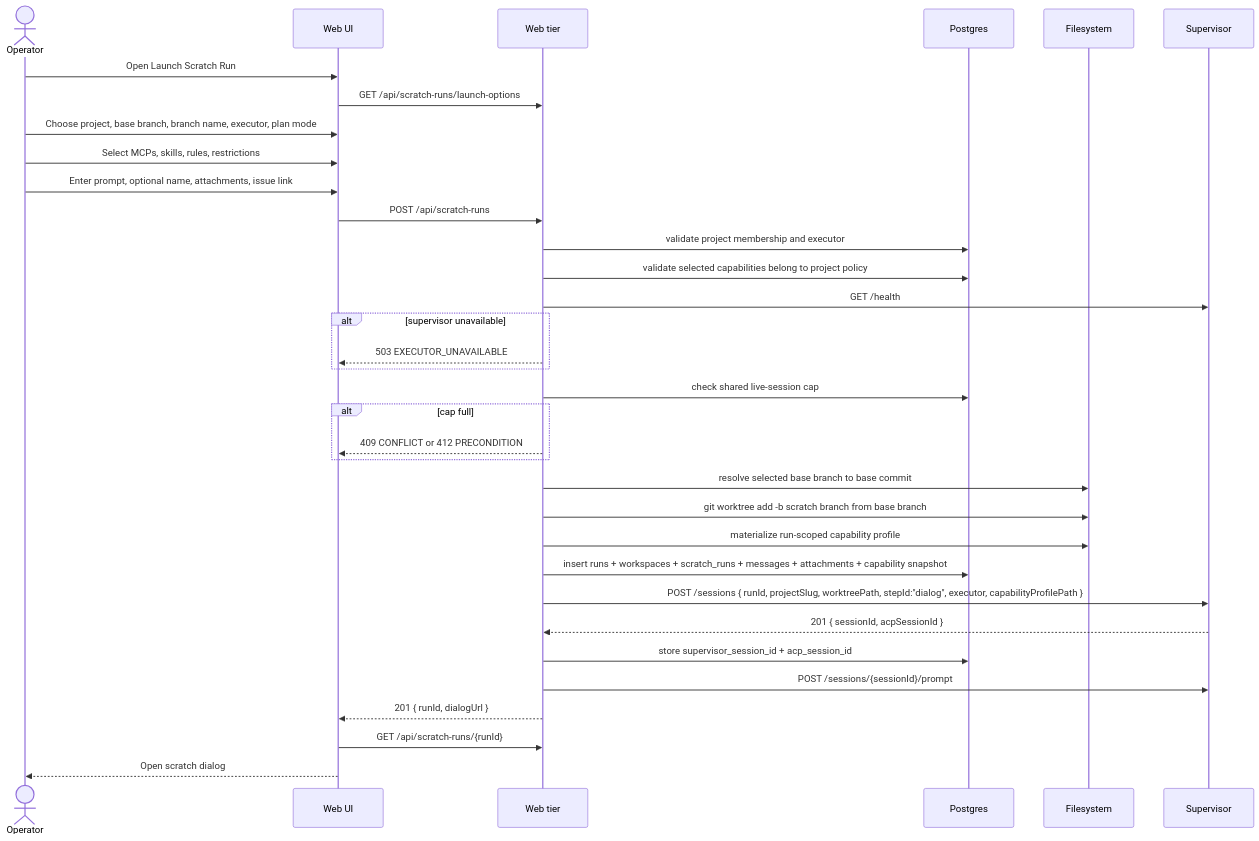
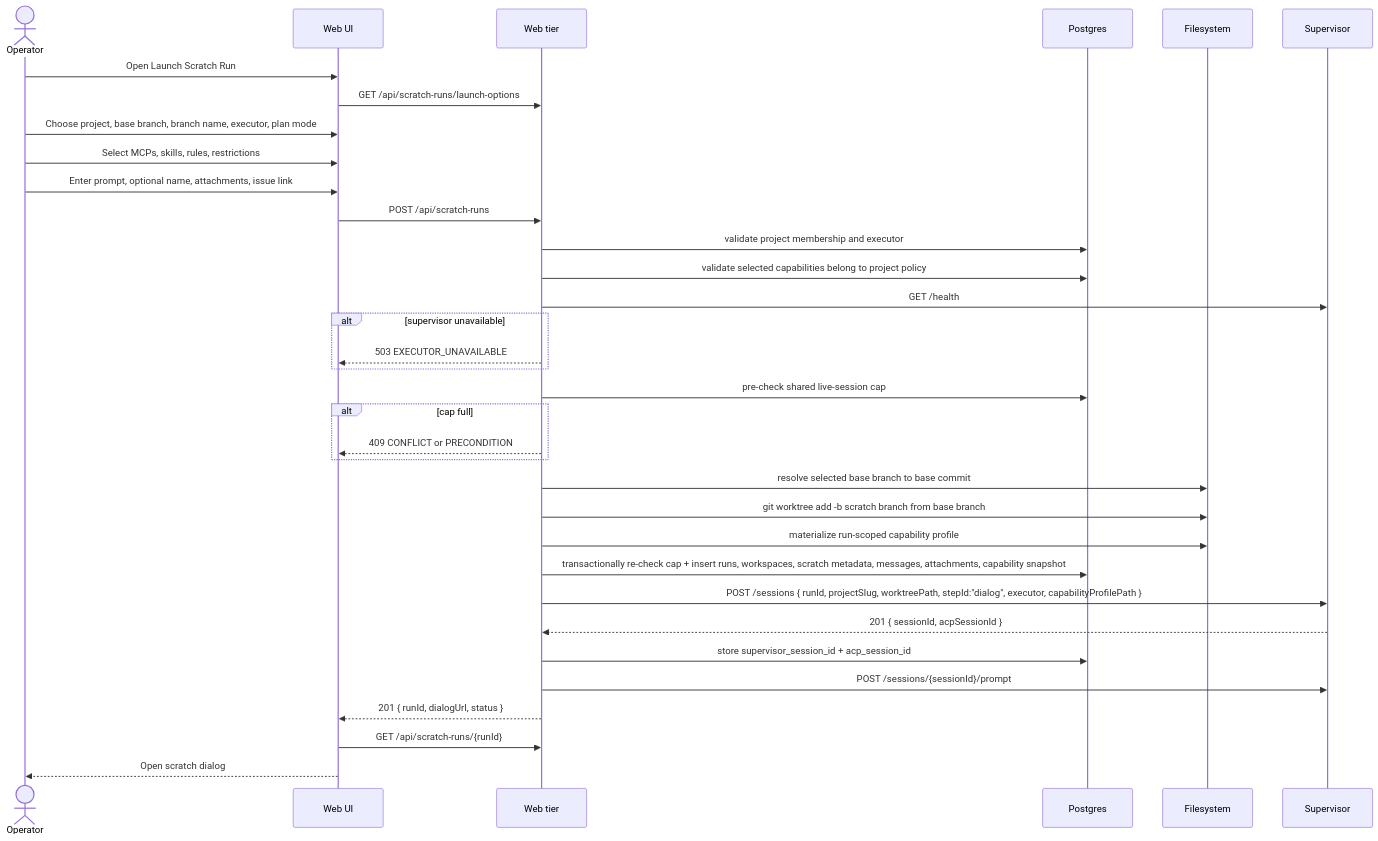
One commit to maister-dev/maister changed the second of 6 diagrams in docs/system-analytics/scratch-runs.md. Above: the diagram before and after it, drawn with Mermaid. The commit also changed other lines of this file and 124 other files, not shown here.

First line of the commit message:
feat(scratch-runs): add custom workspace sessions

````diff
--- a/docs/system-analytics/scratch-runs.md
+++ b/docs/system-analytics/scratch-runs.md
@@ -108,37 +115,37 @@
 ```mermaid
 sequenceDiagram
     actor U as Operator
     participant UI as Web UI
     participant W as Web tier
     participant DB as Postgres
     participant FS as Filesystem
     participant SV as Supervisor
 
     U->>UI: Open Launch Scratch Run
     UI->>W: GET /api/scratch-runs/launch-options
     U->>UI: Choose project, base branch, branch name, executor, plan mode
     U->>UI: Select MCPs, skills, rules, restrictions
     U->>UI: Enter prompt, optional name, attachments, issue link
     UI->>W: POST /api/scratch-runs
     W->>DB: validate project membership and executor
     W->>DB: validate selected capabilities belong to project policy
     W->>SV: GET /health
     alt supervisor unavailable
         W-->>UI: 503 EXECUTOR_UNAVAILABLE
     end
-    W->>DB: check shared live-session cap
+    W->>DB: pre-check shared live-session cap
     alt cap full
-        W-->>UI: 409 CONFLICT or 412 PRECONDITION
+        W-->>UI: 409 CONFLICT or PRECONDITION
     end
     W->>FS: resolve selected base branch to base commit
     W->>FS: git worktree add -b scratch branch from base branch
     W->>FS: materialize run-scoped capability profile
-    W->>DB: insert runs + workspaces + scratch_runs + messages + attachments + capability snapshot
+    W->>DB: transactionally re-check cap + insert runs, workspaces, scratch metadata, messages, attachments, capability snapshot
     W->>SV: POST /sessions { runId, projectSlug, worktreePath, stepId:"dialog", executor, capabilityProfilePath }
     SV-->>W: 201 { sessionId, acpSessionId }
     W->>DB: store supervisor_session_id + acp_session_id
     W->>SV: POST /sessions/{sessionId}/prompt
-    W-->>UI: 201 { runId, dialogUrl }
+    W-->>UI: 201 { runId, dialogUrl, status }
     UI->>W: GET /api/scratch-runs/{runId}
     UI-->>U: Open scratch dialog
 ```
````
